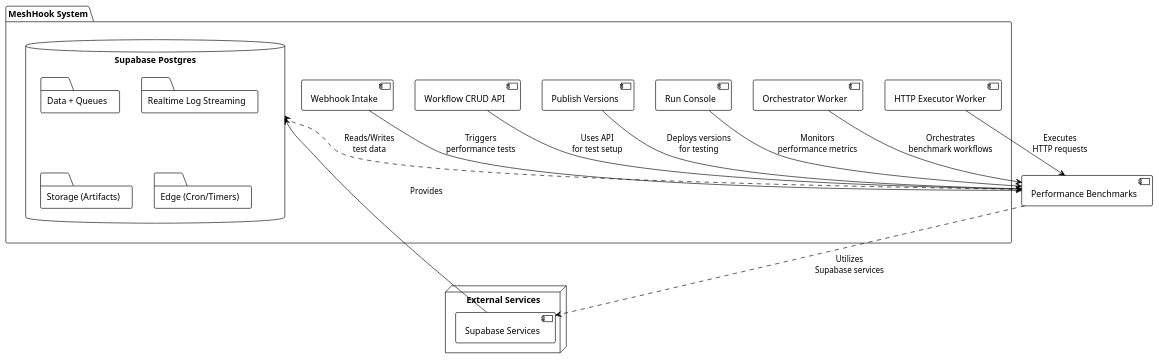
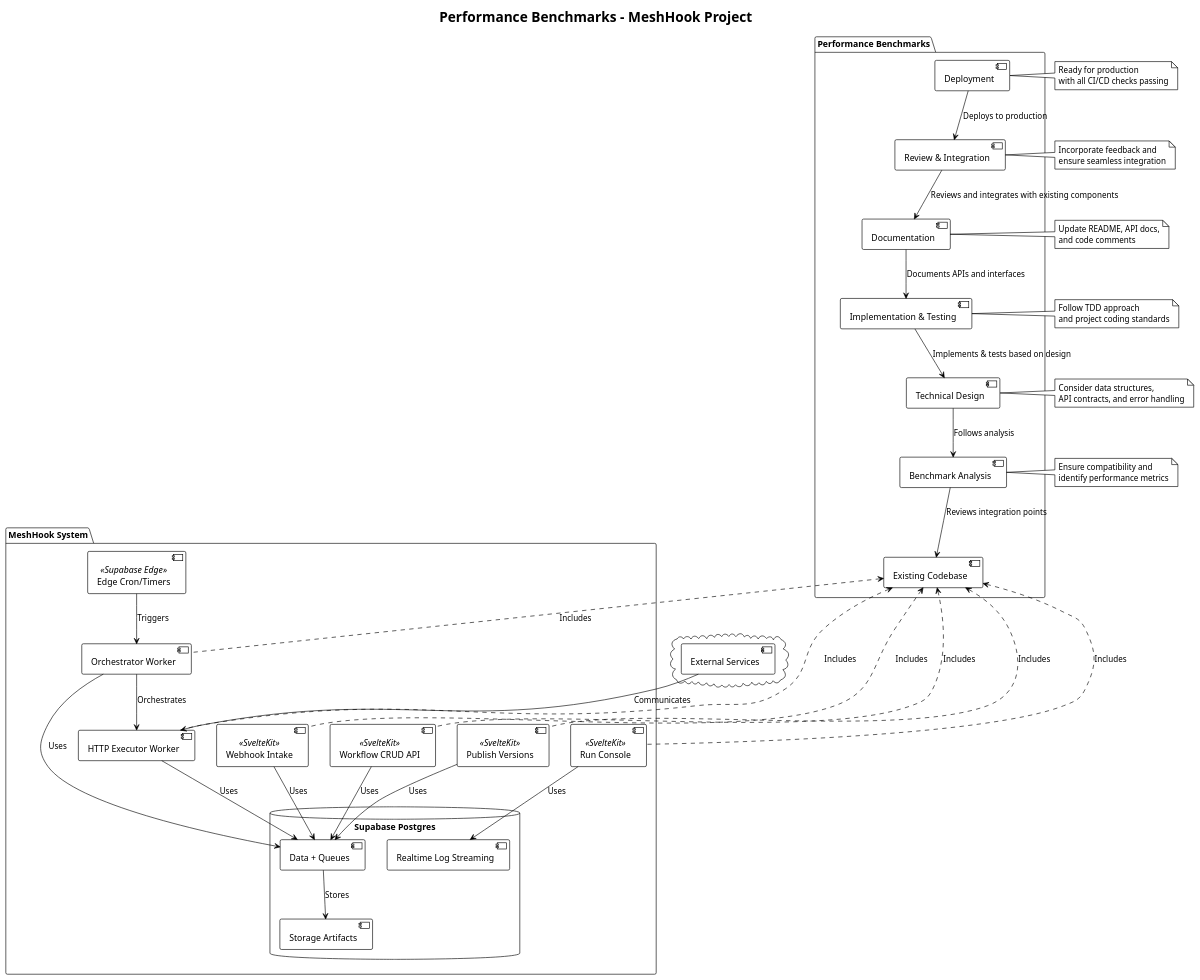
One commit to profullstack/meshhook changed the diagram in docs/PRDs/219-performance-benchmarks.puml. Above: the diagram before and after it, drawn with PlantUML. The commit also changed 65 other files, not shown here.

First line of the commit message:
Enhances workflow editor with connection handling and improves PRD documentation

```diff
--- a/docs/PRDs/219-performance-benchmarks.puml
+++ b/docs/PRDs/219-performance-benchmarks.puml
@@ -1,37 +1,82 @@
 @startuml
 !theme plain
 
+title Performance Benchmarks - MeshHook Project
+
 package "MeshHook System" {
-    [Webhook Intake] as Intake
-    [Workflow CRUD API] as CRUD
-    [Publish Versions] as Publish
-    [Run Console] as Console
-    [Orchestrator Worker] as Orchestrator
-    [HTTP Executor Worker] as Executor
-    database "Supabase Postgres" as DB {
-        folder "Data + Queues" as DataQueues
-        folder "Realtime Log Streaming" as Realtime
-        folder "Storage (Artifacts)" as Storage
-        folder "Edge (Cron/Timers)" as Edge
+    [Webhook Intake] <<SvelteKit>>
+    [Workflow CRUD API] <<SvelteKit>>
+    [Publish Versions] <<SvelteKit>>
+    [Run Console] <<SvelteKit>>
+    [Orchestrator Worker]
+    [HTTP Executor Worker]
+    database "Supabase Postgres" {
+        [Data + Queues]
+        [Realtime Log Streaming]
+        [Storage Artifacts]
     }
+    [Edge Cron/Timers] <<Supabase Edge>>
 }
 
-node "External Services" {
-    [Supabase Services] as Supabase
+cloud {
+    [External Services]
 }
 
-[Performance Benchmarks] as Benchmarks
+[Webhook Intake] --> [Data + Queues] : Uses
+[Workflow CRUD API] --> [Data + Queues] : Uses
+[Publish Versions] --> [Data + Queues] : Uses
+[Run Console] --> [Realtime Log Streaming] : Uses
+[Orchestrator Worker] --> [Data + Queues] : Uses
+[HTTP Executor Worker] --> [Data + Queues] : Uses
+[Edge Cron/Timers] --> [Orchestrator Worker] : Triggers
+[Orchestrator Worker] --> [HTTP Executor Worker] : Orchestrates
+[Data + Queues] --> [Storage Artifacts] : Stores
+[External Services] --> [HTTP Executor Worker] : Communicates
 
-Intake --> Benchmarks : Triggers\nperformance tests
-CRUD --> Benchmarks : Uses API\nfor test setup
-Publish --> Benchmarks : Deploys versions\nfor testing
-Console --> Benchmarks : Monitors\nperformance metrics
-Orchestrator --> Benchmarks : Orchestrates\nbenchmark workflows
-Executor --> Benchmarks : Executes\nHTTP requests
+package "Performance Benchmarks" {
+    [Benchmark Analysis] --> [Existing Codebase] : Reviews integration points
+    [Technical Design] --> [Benchmark Analysis] : Follows analysis
+    [Implementation & Testing] --> [Technical Design] : Implements & tests based on design
+    [Documentation] --> [Implementation & Testing] : Documents APIs and interfaces
+    [Review & Integration] --> [Documentation] : Reviews and integrates with existing components
+    [Deployment] --> [Review & Integration] : Deploys to production
+}
 
-Benchmarks ..> DB : Reads/Writes\ntest data
-Benchmarks ..> Supabase : Utilizes\nSupabase services
+[Existing Codebase] <.. [Webhook Intake] : Includes
+[Existing Codebase] <.. [Workflow CRUD API] : Includes
+[Existing Codebase] <.. [Publish Versions] : Includes
+[Existing Codebase] <.. [Run Console] : Includes
+[Existing Codebase] <.. [Orchestrator Worker] : Includes
+[Existing Codebase] <.. [HTTP Executor Worker] : Includes
 
-Supabase --> DB : Provides
+note right of [Benchmark Analysis]
+  Ensure compatibility and
+  identify performance metrics
+end note
+
+note right of [Technical Design]
+  Consider data structures,
+  API contracts, and error handling
+end note
+
+note right of [Implementation & Testing]
+  Follow TDD approach
+  and project coding standards
+end note
+
+note right of [Documentation]
+  Update README, API docs,
+  and code comments
+end note
+
+note right of [Review & Integration]
+  Incorporate feedback and
+  ensure seamless integration
+end note
+
+note right of [Deployment]
+  Ready for production
+  with all CI/CD checks passing
+end note
 
 @enduml
```
